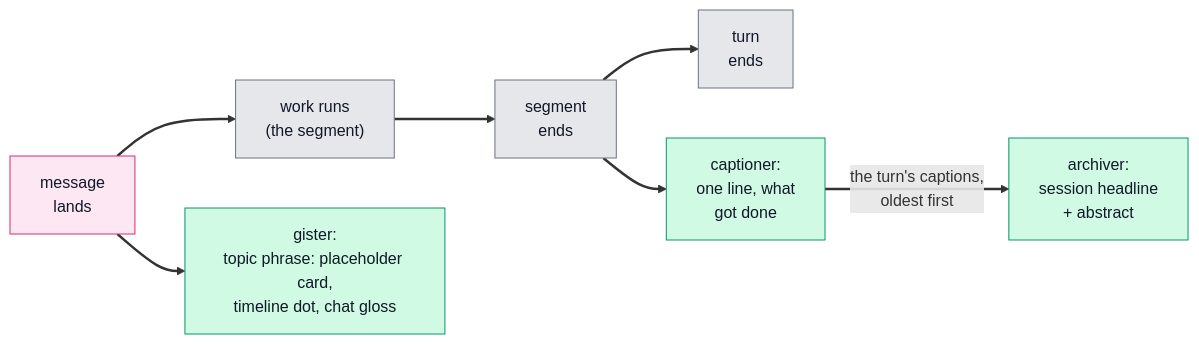
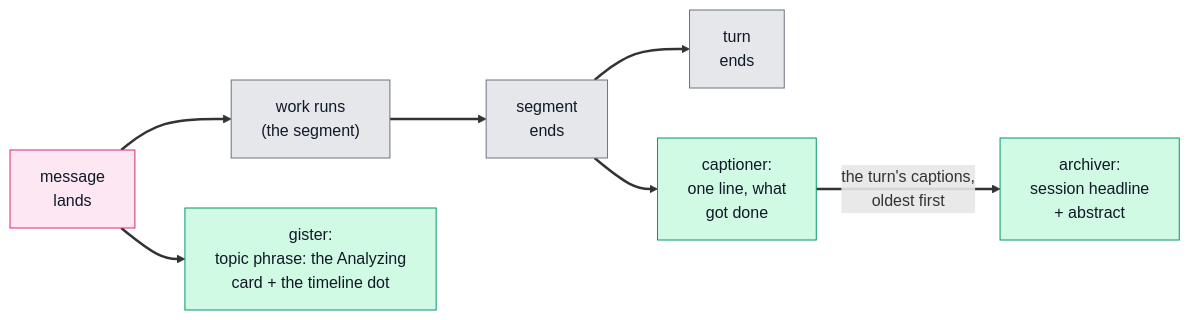
The second of 6 diagrams in docs/judge-pipeline.md (Chris-mian/romp), drawn with Mermaid before and after one commit.

Commit message:
judge figure: the gister glosses the Analyzing card + timeline dot, not the chat
The chat shows the user's message verbatim; the message caption never
renders there. Node text said 'chat gloss', which overstated the surface.

````diff
--- a/docs/judge-pipeline.md
+++ b/docs/judge-pipeline.md
@@ -65,11 +65,11 @@
 ```mermaid
 flowchart LR
     M["message<br/>lands"]:::user --> W["work runs<br/>(the segment)"]:::det --> E["segment<br/>ends"]:::det --> X["turn<br/>ends"]:::det
-    M --> GI["gister:<br/>topic phrase: placeholder card,<br/>timeline dot, chat gloss"]:::idx
+    M --> GI["gister:<br/>topic phrase: the Analyzing<br/>card + the timeline dot"]:::idx
     E --> CA["captioner:<br/>one line, what<br/>got done"]:::idx
     CA -->|"the turn's captions,<br/>oldest first"| AR["archiver:<br/>session headline<br/>+ abstract"]:::idx
     linkStyle default stroke-width:2.5px
     classDef idx fill:#d1fae5,stroke:#059669,color:#111827
     classDef det fill:#e5e7eb,stroke:#6b7280,color:#111827
     classDef user fill:#fce7f3,stroke:#db2777,color:#111827
 ```
````
